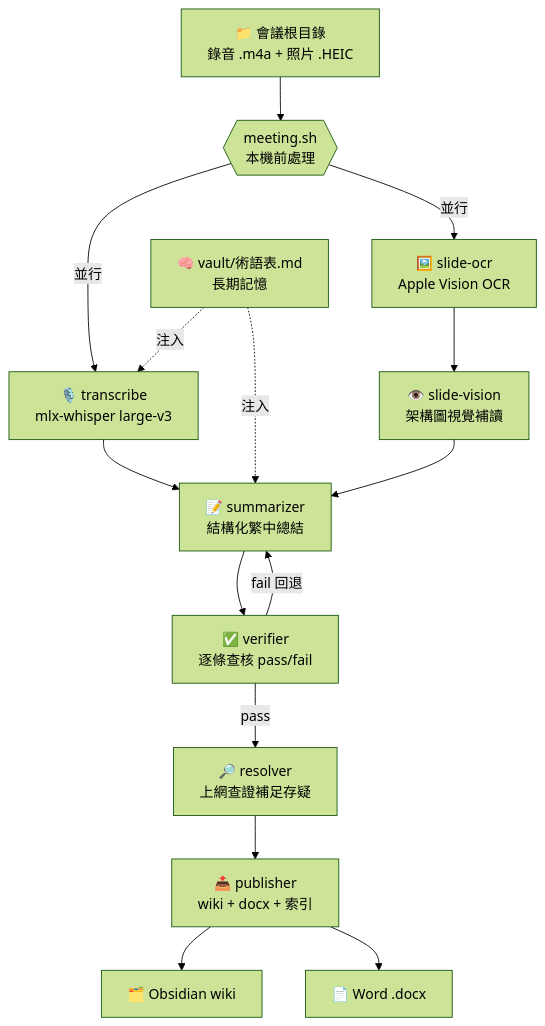
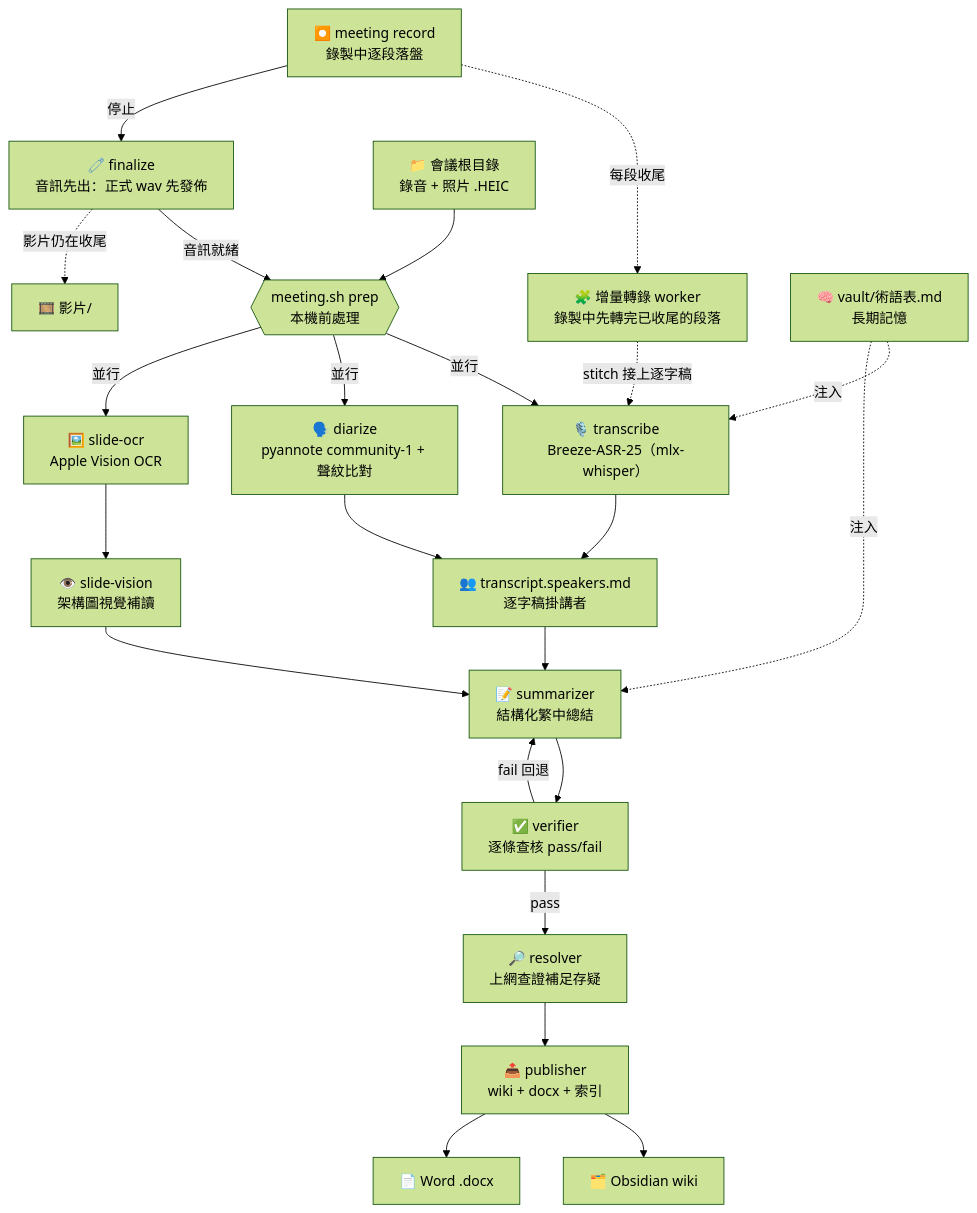
One commit to s96cax98leo/meeting-harness changed the diagram in README.md. Above: the diagram before and after it, drawn with Mermaid (forest theme). The commit also changed other lines of this file and 1 other file, not shown here.

Commit message:
feat(G8): README 流程圖改為音訊先出、轉錄與分離並行、增量轉錄；meeting-pipeline.js 標示棄用
spec §4.13.4：
- README「流水線」mermaid 補上錄製 → finalize 音訊先出 → prep 的路徑、
  增量轉錄 worker 與 stitch、transcribe 與 diarize 並行後合成
  transcript.speakers.md，並附三點文字說明。
- .claude/workflows/meeting-pipeline.js 檔頭加棄用註解，指向 meeting-summary。

````diff
--- a/README.md
+++ b/README.md
@@ -36,17 +36,25 @@
 ```mermaid
 flowchart TD
-    A["📁 會議根目錄<br/>錄音 .m4a + 照片 .HEIC"] --> P{{"meeting.sh<br/>本機前處理"}}
-    P -->|並行| T["🎙️ transcribe<br/>mlx-whisper large-v3"]
+    REC["⏺️ meeting record<br/>錄製中逐段落盤"] -.每段收尾.-> W["🧩 增量轉錄 worker<br/>錄製中先轉完已收尾的段落"]
+    REC -->|停止| F["🧷 finalize<br/>音訊先出：正式 wav 先發佈"]
+    F -->|音訊就緒| P{{"meeting.sh prep<br/>本機前處理"}}
+    F -.影片仍在收尾.-> VID["🎞️ 影片/"]
+    A["📁 會議根目錄<br/>錄音 + 照片 .HEIC"] --> P
+    W -.stitch 接上逐字稿.-> T
+    P -->|並行| T["🎙️ transcribe<br/>Breeze-ASR-25（mlx-whisper）"]
+    P -->|並行| DZ["🗣️ diarize<br/>pyannote community-1 + 聲紋比對"]
     P -->|並行| O["🖼️ slide-ocr<br/>Apple Vision OCR"]
     O --> V["👁️ slide-vision<br/>架構圖視覺補讀"]
-    T --> S["📝 summarizer<br/>結構化繁中總結"]
+    T --> MS["👥 transcript.speakers.md<br/>逐字稿掛講者"]
+    DZ --> MS
+    MS --> S["📝 summarizer<br/>結構化繁中總結"]
     V --> S
     S --> C["✅ verifier<br/>逐條查核 pass/fail"]
     C -->|fail 回退| S
     C -->|pass| R["🔎 resolver<br/>上網查證補足存疑"]
     R --> Pub["📤 publisher<br/>wiki + docx + 索引"]
-    Pub --> W["🗂️ Obsidian wiki"]
+    Pub --> Wk["🗂️ Obsidian wiki"]
     Pub --> D["📄 Word .docx"]
     M["🧠 vault/術語表.md<br/>長期記憶"] -.注入.-> T
     M -.注入.-> S
 ```
````
